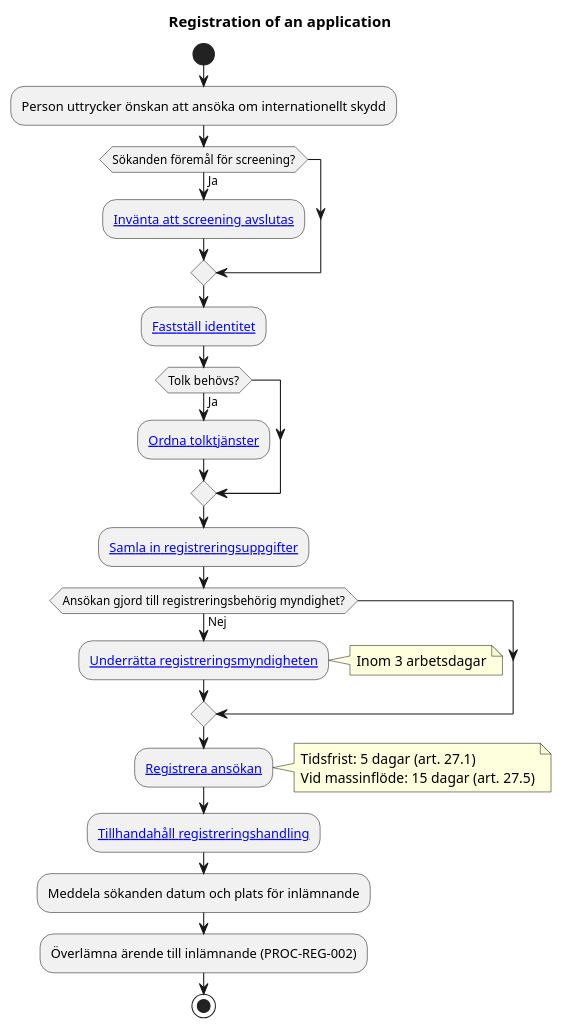
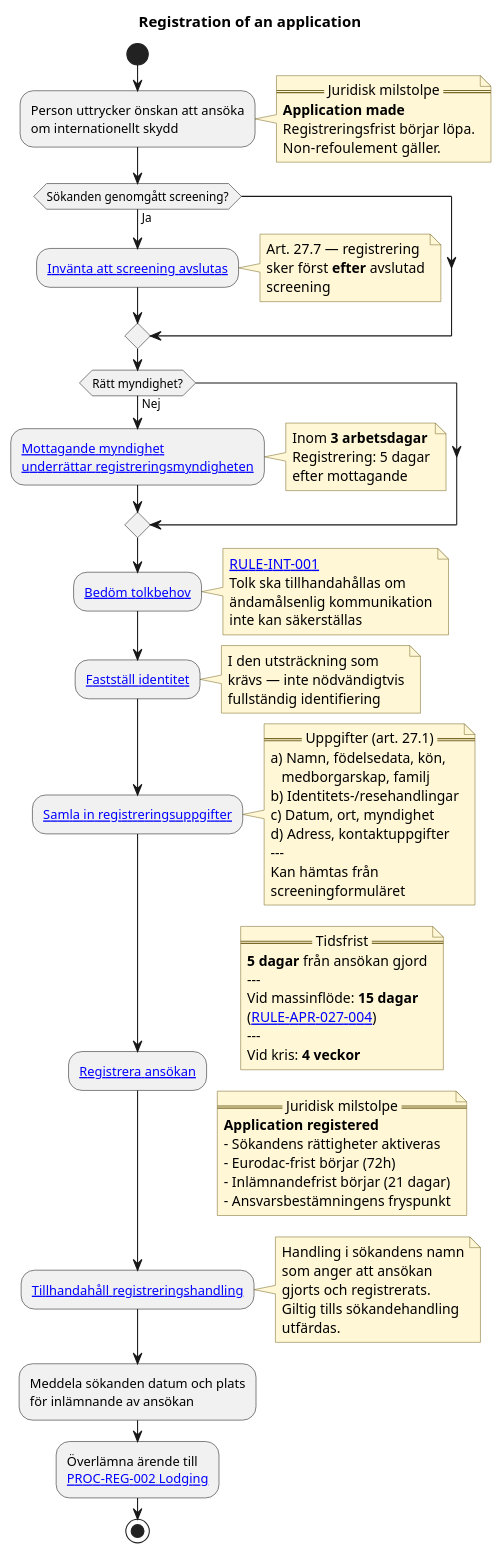
One commit to chrhe894/migration_pact changed the diagram in domains/registration/diagrams/registration-of-an-application.pu. Above: the diagram before and after it, drawn with PlantUML. The commit also changed other lines of this file and 2 other files, not shown here.

```diff
--- a/domains/registration/diagrams/registration-of-an-application.pu
+++ b/domains/registration/diagrams/registration-of-an-application.pu
@@ -18,50 +15,111 @@
 @startuml registration-of-an-application
 
 title Registration of an application
 
+skinparam shadowing false
+skinparam defaultFontName Arial
+skinparam note {
+  BackgroundColor #FFF7D6
+  BorderColor #7A6A2A
+}
+
 start
 
-:Person uttrycker önskan att ansöka om internationellt skydd;
+:Person uttrycker önskan att ansöka
+om internationellt skydd;
 
-if (Sökanden föremål för screening?) then (Ja)
+note right
+  == Juridisk milstolpe ==
+  **Application made**
+  Registreringsfrist börjar löpa.
+  Non-refoulement gäller.
+end note
+
+if (Sökanden genomgått screening?) then (Ja)
 
     :[[../rules/rule-apr-027-005.md Invänta att screening avslutas]];
-
-endif
-
-:[[../../../shared/identity/activities/verify-identity.md Fastställ identitet]];
-
-if (Tolk behövs?) then (Ja)
-
-    :[[../../../shared/interpreters/activities/determine-interpreter-needs.md Ordna tolktjänster]];
-
-endif
-
-:[[../rules/rule-apr-027-002.md Samla in registreringsuppgifter]];
-
-if (Ansökan gjord till registreringsbehörig myndighet?) then (Nej)
-
-    :[[../rules/rule-apr-027-003.md Underrätta registreringsmyndigheten]];
-
     note right
-      Inom 3 arbetsdagar
+      Art. 27.7 — registrering
+      sker först **efter** avslutad
+      screening
     end note
 
 endif
 
+if (Rätt myndighet?) then (Nej)
+
+    :[[../rules/rule-apr-027-003.md Mottagande myndighet\nunderrättar registreringsmyndigheten]];
+    note right
+      Inom **3 arbetsdagar**
+      Registrering: 5 dagar
+      efter mottagande
+    end note
+
+endif
+
+:[[../../../shared/interpreters/activities/determine-interpreter-needs.md Bedöm tolkbehov]];
+note right
+  [[../../../shared/interpreters/rules/rule-int-001.md RULE-INT-001]]
+  Tolk ska tillhandahållas om
+  ändamålsenlig kommunikation
+  inte kan säkerställas
+end note
+
+:[[../../../shared/identity/activities/verify-identity.md Fastställ identitet]];
+note right
+  I den utsträckning som
+  krävs — inte nödvändigtvis
+  fullständig identifiering
+end note
+
+:[[../rules/rule-apr-027-002.md Samla in registreringsuppgifter]];
+note right
+  == Uppgifter (art. 27.1) ==
+  a) Namn, födelsedata, kön,
+     medborgarskap, familj
+  b) Identitets-/resehandlingar
+  c) Datum, ort, myndighet
+  d) Adress, kontaktuppgifter
+  ---
+  Kan hämtas från
+  screeningformuläret
+end note
+
 :[[../rules/rule-apr-027-001.md Registrera ansökan]];
+note right
+  == Tidsfrist ==
+  **5 dagar** från ansökan gjord
+  ---
+  Vid massinflöde: **15 dagar**
+  ([[../rules/rule-apr-027-004.md RULE-APR-027-004]])
+  ---
+  Vid kris: **4 veckor**
+end note
 
 note right
-  Tidsfrist: 5 dagar (art. 27.1)
-  Vid massinflöde: 15 dagar (art. 27.5)
+  == Juridisk milstolpe ==
+  **Application registered**
+  - Sökandens rättigheter aktiveras
+  - Eurodac-frist börjar (72h)
+  - Inlämnandefrist börjar (21 dagar)
+  - Ansvarsbestämningens fryspunkt
 end note
 
 :[[../rules/rule-apr-029-001.md Tillhandahåll registreringshandling]];
+note right
+  Handling i sökandens namn
+  som anger att ansökan
+  gjorts och registrerats.
+  Giltig tills sökandehandling
+  utfärdas.
+end note
 
-:Meddela sökanden datum och plats för inlämnande;
+:Meddela sökanden datum och plats
+för inlämnande av ansökan;
 
-:Överlämna ärende till inlämnande (PROC-REG-002);
+:Överlämna ärende till
+[[../processes/lodging-an-application.md PROC-REG-002 Lodging]];
 
 stop
 
 @enduml
```
